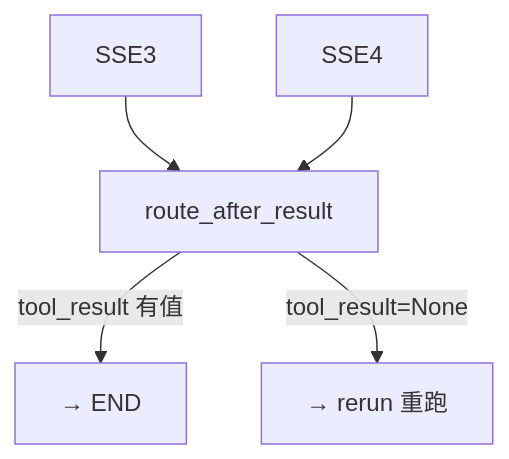
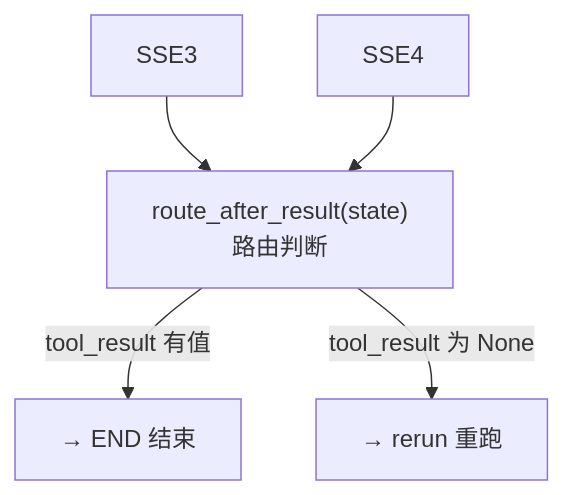
One commit to 996Code/llm-to-modeler changed diagram 12 of 33 in doc/系统架构与学习指南.md. Above: the diagram before and after it, drawn with Mermaid. The commit also changed other lines of this file and 82 other files, not shown here.

````diff
--- a/doc/系统架构与学习指南.md
+++ b/doc/系统架构与学习指南.md
@@ -188,7 +255,7 @@
 ```mermaid
 flowchart TD
-    SSE3 --> Router["route_after_result"]
-    SSE4 --> Router
-    Router -->|"tool_result 有值"| End["→ END"]
-    Router -->|"tool_result=None"| Rerun["→ rerun 重跑"]
+    SSE3 --> R["route_after_result(state)<br/>路由判断"]
+    SSE4 --> R
+    R -->|"tool_result 有值"| End["→ END 结束"]
+    R -->|"tool_result 为 None"| Back["→ rerun 重跑"]
 ```
````
